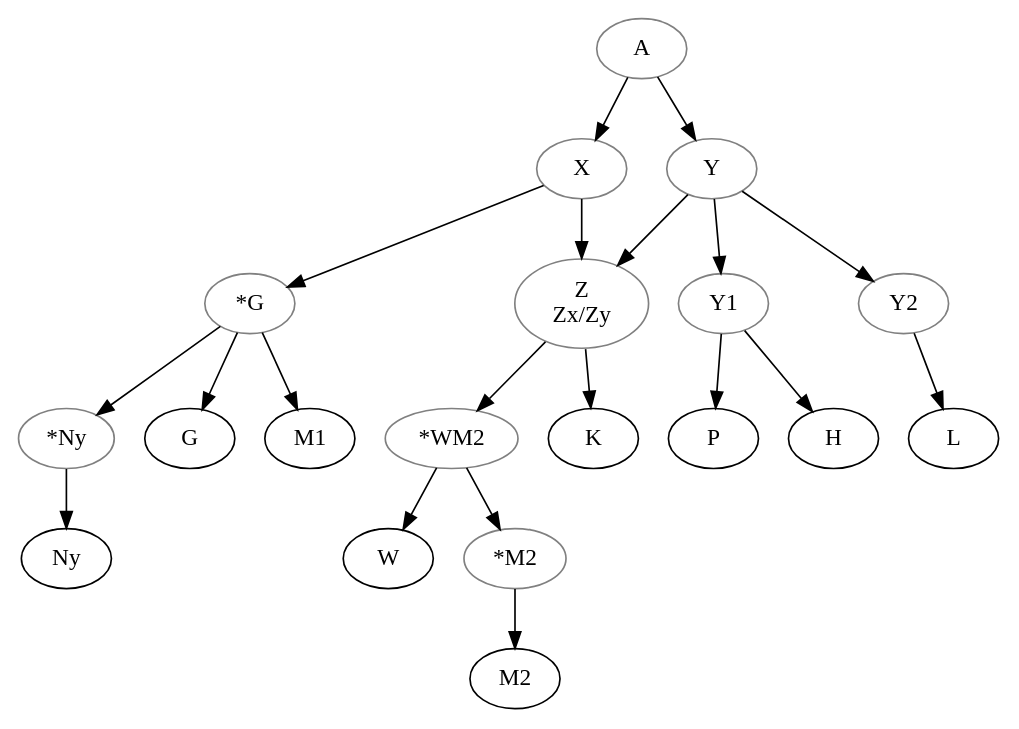
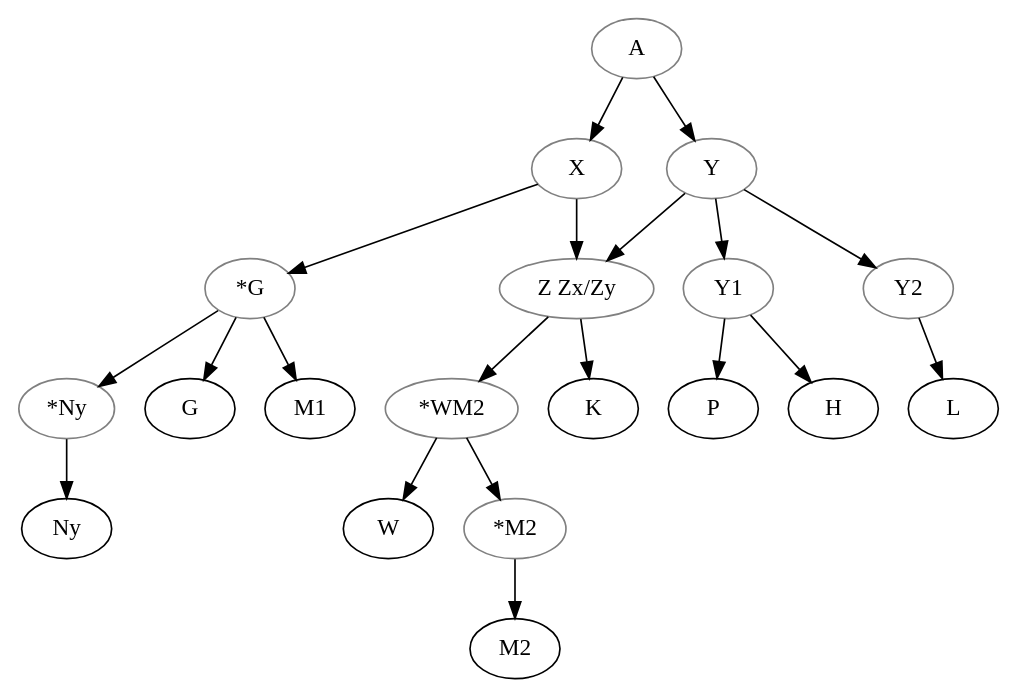
Before and after one commit to OpenStemmata/database: the diagram in data/gmh/GaertnerPlateSchwabbauer_1998_Christherre-Chronik/stemma.gv, drawn with Graphviz. The commit also changed other lines of this file and 3 other files, not shown here.

```diff
--- a/data/gmh/GaertnerPlateSchwabbauer_1998_Christherre-Chronik/stemma.gv
+++ b/data/gmh/GaertnerPlateSchwabbauer_1998_Christherre-Chronik/stemma.gv
@@ -1,31 +1,31 @@
 digraph {
 A [color="grey"] ;
 X [color="grey"] ;
 Y [color="grey"] ;
-ZZxZy [color="grey", label="Z\nZx/Zy"] ;
+ZZxZy [color="grey", label="Z Zx/Zy"] ;
 Gstar [color="grey", label="*G"] ;
 Nystar [color="grey", label="*Ny"] ;
 WM2star [color="grey", label="*WM2"] ;
 M2star [color="grey", label="*M2"] ;
 Y1 [color="grey"] ;
 Y2 [color="grey"] ;
 A -> X ;
 A -> Y ;
 X -> ZZxZy ;
 Y -> ZZxZy ;
 X -> Gstar ;
 Gstar -> G ;
 Gstar -> Nystar ;
 Gstar -> M1 ;
 Nystar -> Ny ;
 ZZxZy -> K ;
 ZZxZy -> WM2star ;
 WM2star -> W ;
 WM2star -> M2star ;
 M2star -> M2 ;
 Y -> Y1 ;
 Y -> Y2 ;
 Y1 -> P ;
 Y1 -> H ;
 Y2 -> L ;
 }
```
